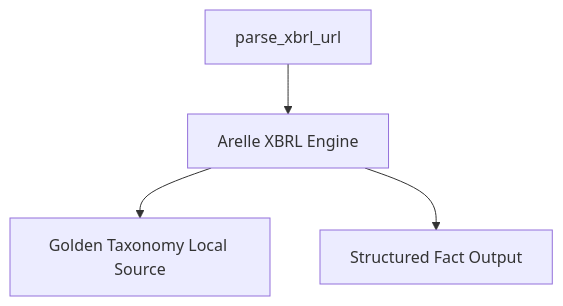
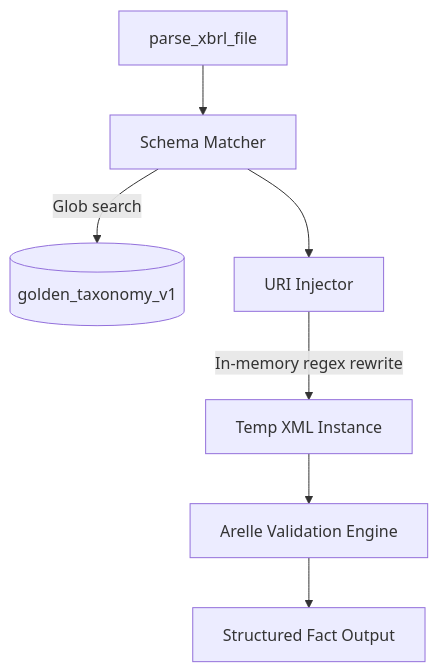
Before and after one commit to eggmasonvalue/nse-xbrl-parser: the diagram in .context/ARCHITECTURE.md, drawn with Mermaid. The commit also changed other lines of this file and 4 other files, not shown here.

Commit message:
docs: comprehensive update to architecture, design, and overview for parser package

````diff
--- a/.context/ARCHITECTURE.md
+++ b/.context/ARCHITECTURE.md
@@ -3,6 +7,9 @@
 ```mermaid
 graph TD;
-    API[parse_xbrl_url] --> Parser[Arelle XBRL Engine]
-    Parser --> Root[Golden Taxonomy Local Source]
-    Parser --> JSON[Structured Fact Output]
+    API[parse_xbrl_file] --> Matcher[Schema Matcher]
+    Matcher -->|Glob search| Vault[(golden_taxonomy_v1)]
+    Matcher --> Injector[URI Injector]
+    Injector -->|In-memory regex rewrite| Temp[Temp XML Instance]
+    Temp --> Arelle[Arelle Validation Engine]
+    Arelle --> JSON[Structured Fact Output]
 ```
````
